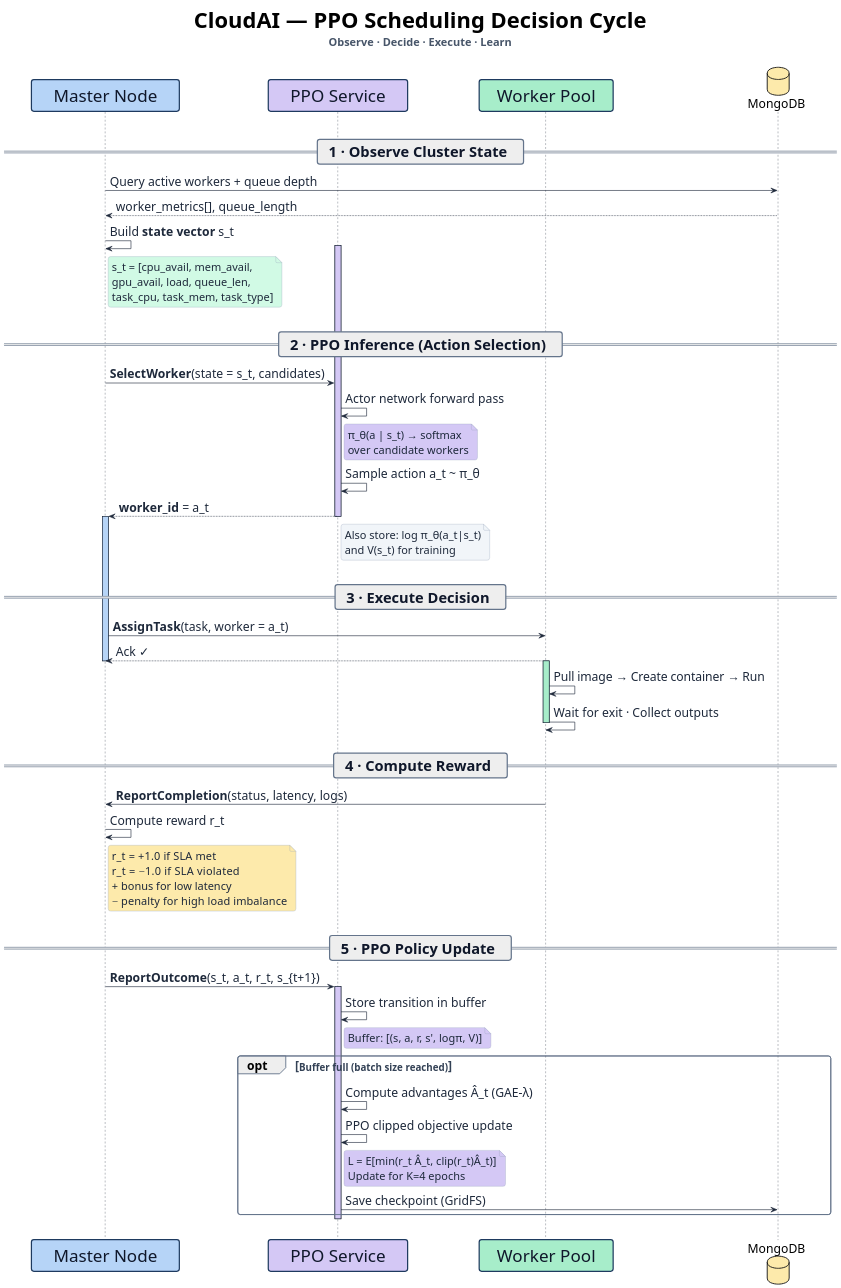
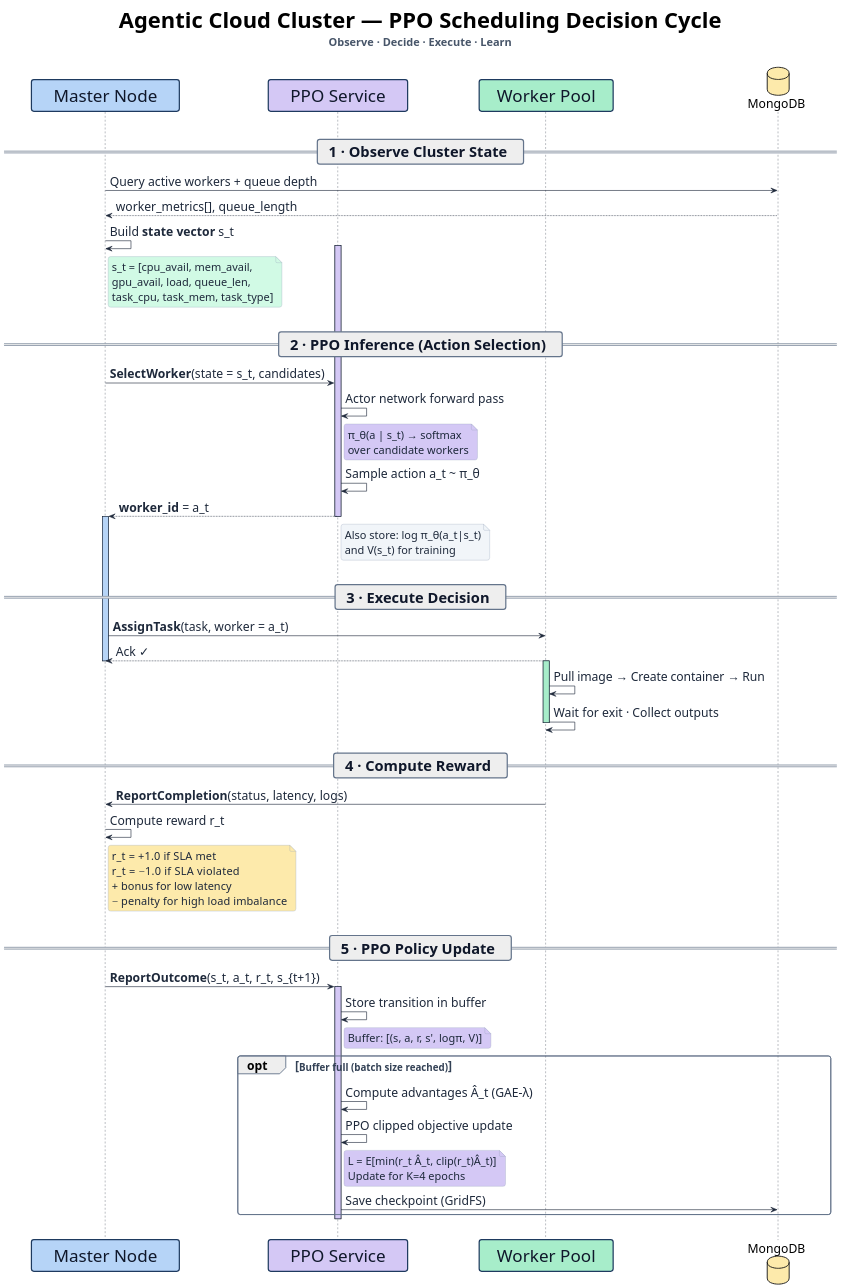
Before and after one commit to Codesmith28/Agentic-Cloud-Cluster: the diagram in diagrams/ppo_decision_cycle.puml, drawn with PlantUML. The commit also changed 491 other files, not shown here.

Commit message:
chore: purge remaining CloudAI references and standardize on Agentic Cloud Cluster

```diff
--- a/diagrams/ppo_decision_cycle.puml
+++ b/diagrams/ppo_decision_cycle.puml
@@ -1,114 +1,114 @@
 @startuml
 
 ' ══════════════════════════════════════════════════════════════════════════════
-'  CloudAI — PPO Scheduling Decision Cycle
+'  Agentic Cloud Cluster — PPO Scheduling Decision Cycle
 '  Designed for 16:9 slides · Same visual language as lifecycle diagrams
 ' ══════════════════════════════════════════════════════════════════════════════
 
 skinparam backgroundColor #FFFFFF
 skinparam shadowing false
 skinparam dpi 150
 skinparam defaultFontName Arial
 skinparam defaultFontSize 20
 skinparam roundCorner 8
 
 skinparam sequence {
     ArrowColor #1E293B
     ArrowFontSize 20
     ArrowFontColor #1E293B
     LifeLineBorderColor #1E293B
     LifeLineBackgroundColor #94A3B8
     LifeLineBorderThickness 3
     ParticipantBorderThickness 2
     ParticipantBorderColor #1E3A5F
     ParticipantFontSize 28
     ParticipantFontColor #0F172A
     ParticipantPadding 40
     DividerBorderColor #64748B
     DividerBorderThickness 2
     DividerFontColor #0F172A
     DividerFontSize 24
     GroupBorderColor #64748B
     GroupHeaderFontSize 20
     GroupFontColor #334155
 }
 
 skinparam note {
     BorderColor #94A3B8
     BackgroundColor #F1F5F9
     FontSize 18
     FontColor #1E293B
 }
 
-title <size:36><b>CloudAI — PPO Scheduling Decision Cycle</b></size>\n<size:18><color:#475569>Observe · Decide · Execute · Learn</color></size>\n
+title <size:36><b>Agentic Cloud Cluster — PPO Scheduling Decision Cycle</b></size>\n<size:18><color:#475569>Observe · Decide · Execute · Learn</color></size>\n
 
 participant "    Master Node    " as M #B6D4F7
 participant "    PPO Service    " as P #D4C8F5
 participant "   Worker Pool   " as W #A7EDCA
 database "     MongoDB     " as DB #FDEAAB
 
 |||
 
 == <b>  1 · Observe Cluster State  </b> ==
 
 M -> DB : Query active workers + queue depth
 DB --> M : worker_metrics[], queue_length
 M -> M : Build **state vector** s_t
 note right of M #D1FAE5 : s_t = [cpu_avail, mem_avail,\ngpu_avail, load, queue_len,\ntask_cpu, task_mem, task_type]
 
 |||
 
 == <b>  2 · PPO Inference (Action Selection)  </b> ==
 
 activate P #D4C8F5
 M -> P : **SelectWorker**(state = s_t, candidates)
 P -> P : Actor network forward pass
 note right of P #D4C8F5 : π_θ(a | s_t) → softmax\nover candidate workers
 P -> P : Sample action a_t ~ π_θ
 P --> M : **worker_id** = a_t
 note right of P #F1F5F9 : Also store: log π_θ(a_t|s_t)\nand V(s_t) for training
 deactivate P
 
 |||
 
 == <b>  3 · Execute Decision  </b> ==
 
 activate M #B6D4F7
 M -> W : **AssignTask**(task, worker = a_t)
 W --> M : Ack ✓
 deactivate M
 
 activate W #A7EDCA
 W -> W : Pull image → Create container → Run
 W -> W : Wait for exit · Collect outputs
 deactivate W
 
 |||
 
 == <b>  4 · Compute Reward  </b> ==
 
 W -> M : **ReportCompletion**(status, latency, logs)
 M -> M : Compute reward r_t
 note right of M #FDEAAB : r_t = +1.0  if SLA met\nr_t = −1.0  if SLA violated\n+ bonus for low latency\n− penalty for high load imbalance
 
 |||
 
 == <b>  5 · PPO Policy Update  </b> ==
 
 M -> P : **ReportOutcome**(s_t, a_t, r_t, s_{t+1})
 activate P #D4C8F5
 P -> P : Store transition in buffer
 note right of P #D4C8F5 : Buffer: [(s, a, r, s', logπ, V)]
 
 opt <size:16>Buffer full (batch size reached)</size>
     P -> P : Compute advantages Â_t (GAE-λ)
     P -> P : PPO clipped objective update
     note right of P #D4C8F5 : L = E[min(r_t Â_t, clip(r_t)Â_t)]\nUpdate for K=4 epochs
     P -> DB : Save checkpoint (GridFS)
 end
 
 deactivate P
 
 |||
 
 @enduml
```
